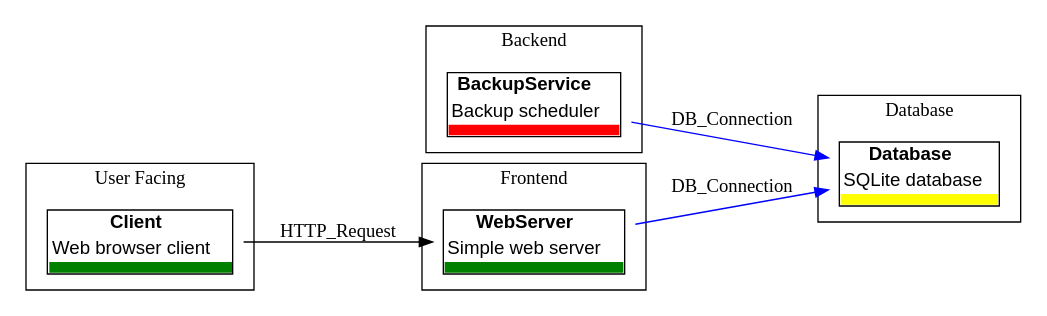
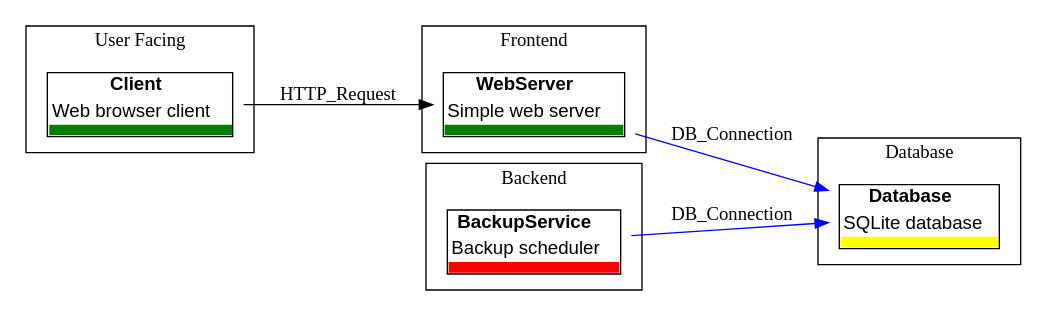
One commit to imran31415/gorph changed the diagram in example_output/simple.dot. Above: the diagram before and after it, drawn with Graphviz. The commit also changed other lines of this file and 30 other files, not shown here.

```diff
--- a/example_output/simple.dot
+++ b/example_output/simple.dot
@@ -1,47 +1,47 @@
 digraph Infrastructure {
   rankdir=LR;
   node [shape=plaintext, fontname=Helvetica];
+  subgraph cluster_USER_FACING {
+    label="User Facing";
+    Client [tooltip="Client: Web browser client\nStatus: healthy\nOwner: frontend\nEnvironment: production" label=<
+      <TABLE BORDER="1" CELLBORDER="0" CELLSPACING="0">
+        <TR><TD><B>Client</B></TD></TR>
+        <TR><TD>Web browser client</TD></TR>
+        <TR><TD BGCOLOR="green" HEIGHT="8"></TD></TR>
+      </TABLE>
+    >];
+  }
+  subgraph cluster_FRONTEND {
+    label="Frontend";
+    WebServer [tooltip="WebServer: Simple web server\nStatus: healthy\nOwner: ops\nEnvironment: production" label=<
+      <TABLE BORDER="1" CELLBORDER="0" CELLSPACING="0">
+        <TR><TD><B>WebServer</B></TD></TR>
+        <TR><TD>Simple web server</TD></TR>
+        <TR><TD BGCOLOR="green" HEIGHT="8"></TD></TR>
+      </TABLE>
+    >];
+  }
   subgraph cluster_DATABASE {
     label="Database";
     Database [tooltip="Database: SQLite database\nStatus: degraded\nOwner: ops\nEnvironment: production" label=<
       <TABLE BORDER="1" CELLBORDER="0" CELLSPACING="0">
         <TR><TD><B>Database</B></TD></TR>
         <TR><TD>SQLite database</TD></TR>
         <TR><TD BGCOLOR="yellow" HEIGHT="8"></TD></TR>
       </TABLE>
     >];
   }
   subgraph cluster_BACKEND {
     label="Backend";
     BackupService [tooltip="BackupService: Backup scheduler\nStatus: down\nOwner: ops\nEnvironment: production" label=<
       <TABLE BORDER="1" CELLBORDER="0" CELLSPACING="0">
         <TR><TD><B>BackupService</B></TD></TR>
         <TR><TD>Backup scheduler</TD></TR>
         <TR><TD BGCOLOR="red" HEIGHT="8"></TD></TR>
       </TABLE>
     >];
   }
-  subgraph cluster_USER_FACING {
-    label="User Facing";
-    Client [tooltip="Client: Web browser client\nStatus: healthy\nOwner: frontend\nEnvironment: production" label=<
-      <TABLE BORDER="1" CELLBORDER="0" CELLSPACING="0">
-        <TR><TD><B>Client</B></TD></TR>
-        <TR><TD>Web browser client</TD></TR>
-        <TR><TD BGCOLOR="green" HEIGHT="8"></TD></TR>
-      </TABLE>
-    >];
-  }
-  subgraph cluster_FRONTEND {
-    label="Frontend";
-    WebServer [tooltip="WebServer: Simple web server\nStatus: healthy\nOwner: ops\nEnvironment: production" label=<
-      <TABLE BORDER="1" CELLBORDER="0" CELLSPACING="0">
-        <TR><TD><B>WebServer</B></TD></TR>
-        <TR><TD>Simple web server</TD></TR>
-        <TR><TD BGCOLOR="green" HEIGHT="8"></TD></TR>
-      </TABLE>
-    >];
-  }
   Client -> WebServer [label="HTTP_Request", color=black];
   WebServer -> Database [label="DB_Connection", color=blue];
   BackupService -> Database [label="DB_Connection", color=blue];
 }
```
